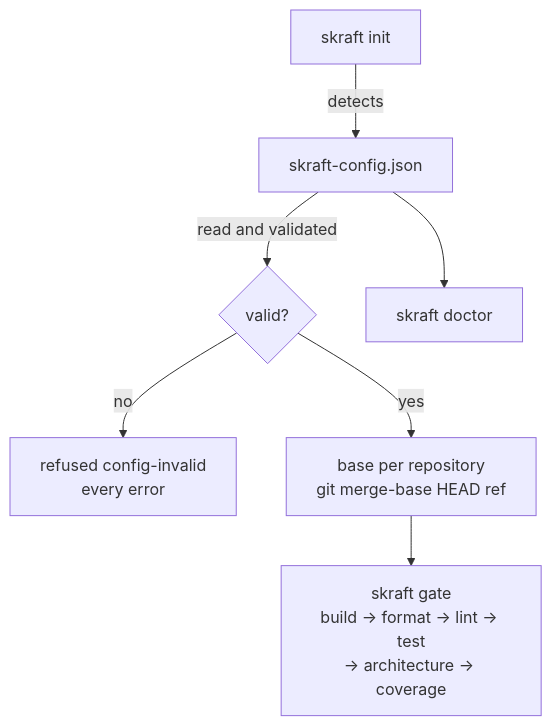
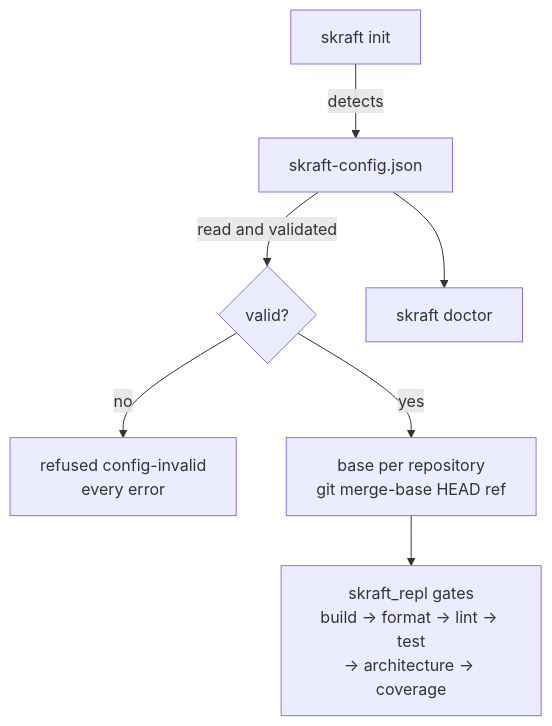
Before and after one commit to SebastienDegodez/skraft-plugin: the diagram in docs/website/docs/reference/skraft-config.md, drawn with Mermaid. The commit also changed other lines of this file and 78 other files, not shown here.

Commit message:
docs!: the handbook describes quality evidence, not the gates node, skraft_gate nor the engine's mutation (EN and FR)

````diff
--- a/docs/website/docs/reference/skraft-config.md
+++ b/docs/website/docs/reference/skraft-config.md
@@ -32,9 +32,9 @@
 ```mermaid
 flowchart TD
     I[skraft init] -->|detects| F[skraft-config.json]
     F -->|read and validated| V{valid?}
     V -->|no| R[refused config-invalid<br/>every error]
     V -->|yes| B[base per repository<br/>git merge-base HEAD ref]
-    B --> G[skraft gate<br/>build → format → lint → test<br/>→ architecture → coverage]
+    B --> G[skraft_repl gates<br/>build → format → lint → test<br/>→ architecture → coverage]
     F --> D[skraft doctor]
 ```
````
